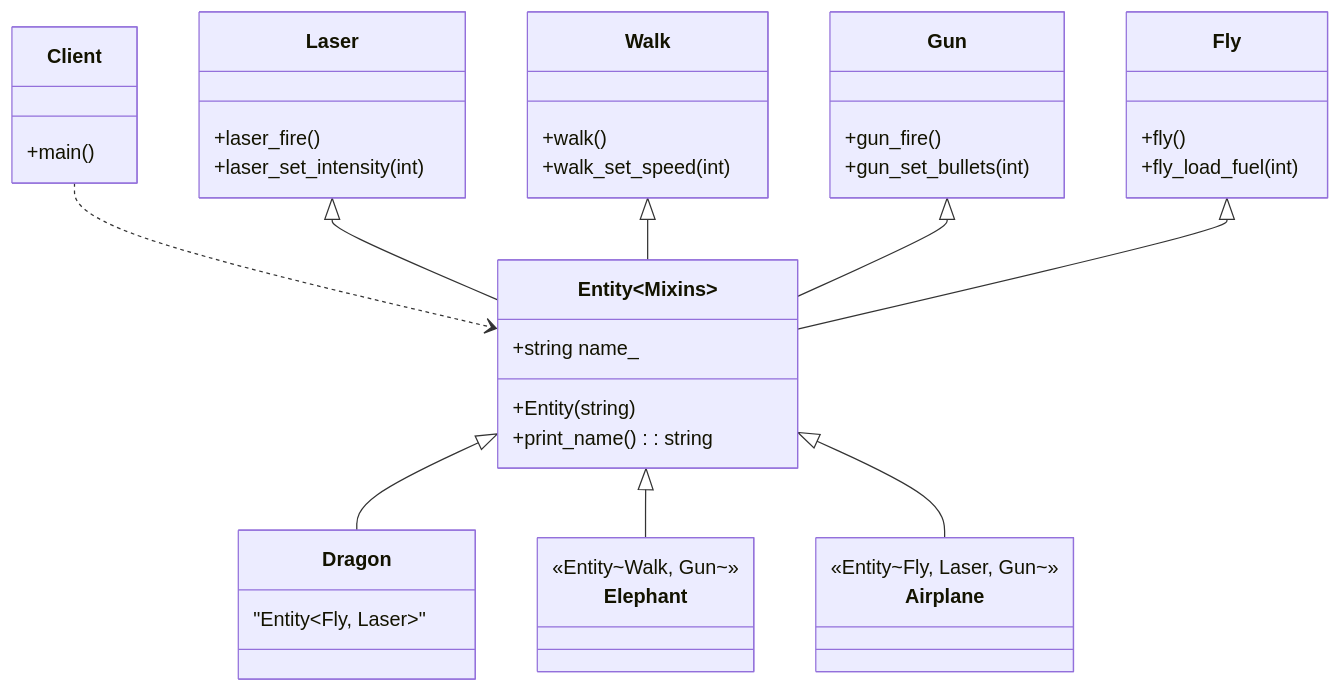
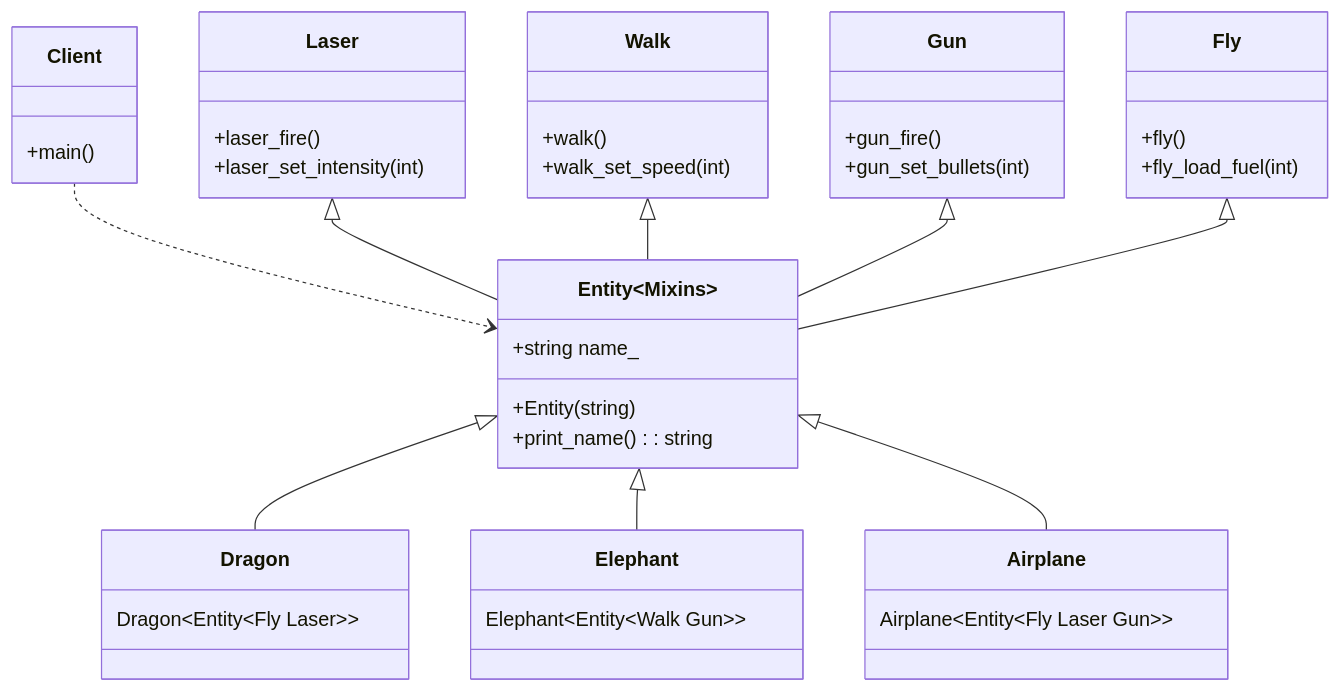
Before and after one commit to Cichlidfishexigency721/Modern-CPP-Design-Patterns: the diagram in 15_Mixin/01_Simple/diagram.md, drawn with Mermaid.

Commit message:
UML improvement

````diff
--- a/15_Mixin/01_Simple/diagram.md
+++ b/15_Mixin/01_Simple/diagram.md
@@ -3,57 +3,57 @@
 ```mermaid
 classDiagram
 %%---------------------------------------------------------------------- Main:
    class Client {
       +main()
    }
 
 %%---------------------------------------------------- Features (Mixin Parts):
    class Laser {
       +laser_fire()
       +laser_set_intensity(int)
    }
 
    class Walk {
       +walk()
       +walk_set_speed(int)
    }
 
    class Gun {
       +gun_fire()
       +gun_set_bullets(int)
    }
 
    class Fly {
       +fly()
       +fly_load_fuel(int)
    }
 
 %%--------------------------------------------------------------------- Entity:
    class Entity~Mixins~ {
       +string name_
       +Entity(string)
       +print_name() : string
    }
 
 %%------------------------------------------------------------ Mixin Entities:
    %% Mixin entities defined by type aliases in the code
-   class Dragon { "Entity~Fly, Laser~" }
-   class Elephant { <<Entity~Walk, Gun~>> }
-   class Airplane { <<Entity~Fly, Laser, Gun~>> }
+   class Dragon{Dragon~Entity~Fly Laser~~}
+   class Elephant {Elephant~Entity~Walk Gun~~ }
+   class Airplane {Airplane~Entity~Fly Laser Gun~~ }
 
 %%----------------------------------------------------------- UML Composition:
    %% The client has an Entity<Mixins>>
    Client ..> Entity~Mixins~
 
    %% Multiple Inheritance (Horizontal Composition)
    %% Inheritance arrows do not use multiplicity numbers
    Laser <|-- Entity~Mixins~
    Walk <|-- Entity~Mixins~
    Gun <|-- Entity~Mixins~
    Fly <|-- Entity~Mixins~
 
    %% Relationships for specific types
    Entity~Mixins~ <|-- Dragon
    Entity~Mixins~ <|-- Elephant
    Entity~Mixins~ <|-- Airplane
 ```
````
